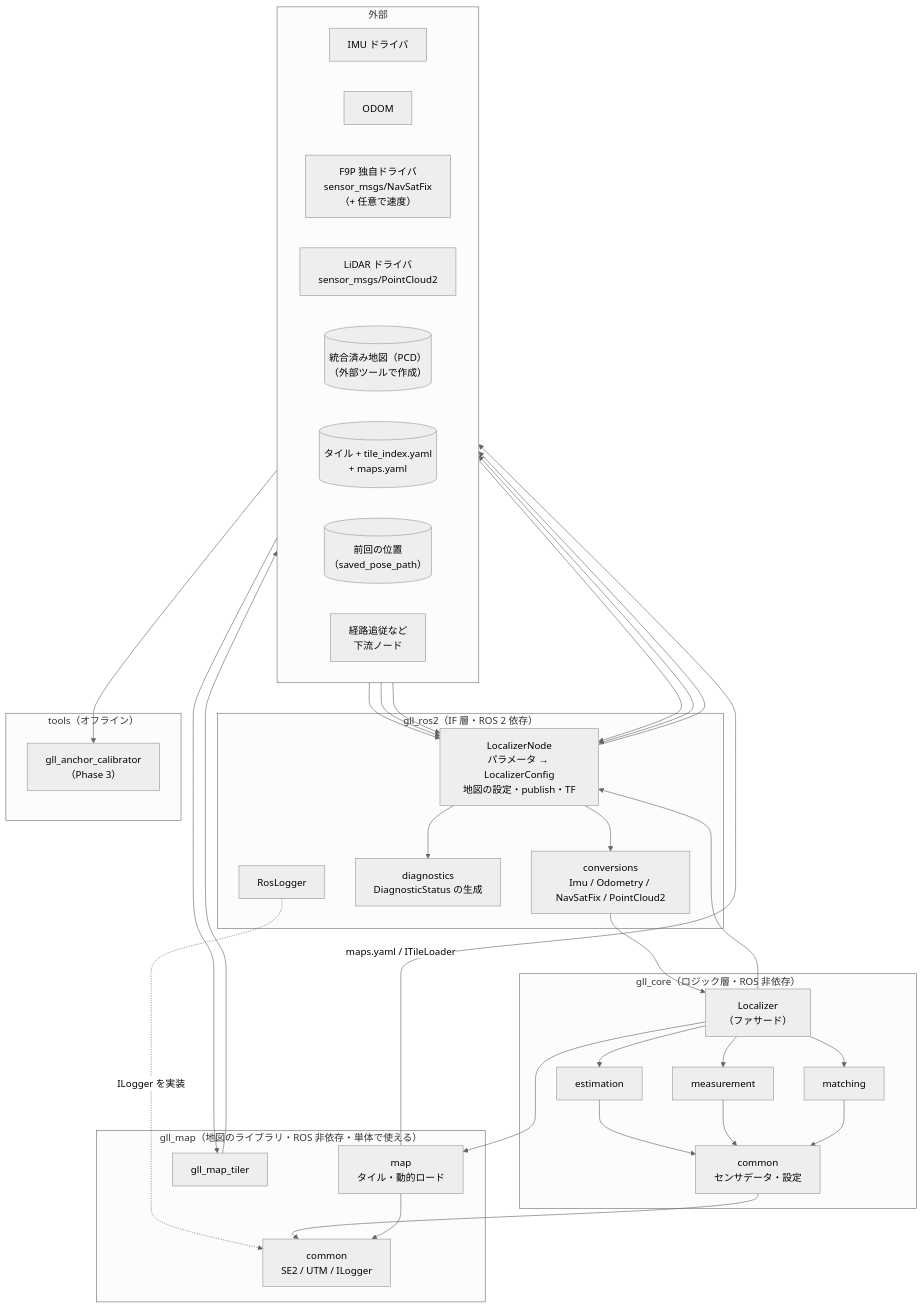
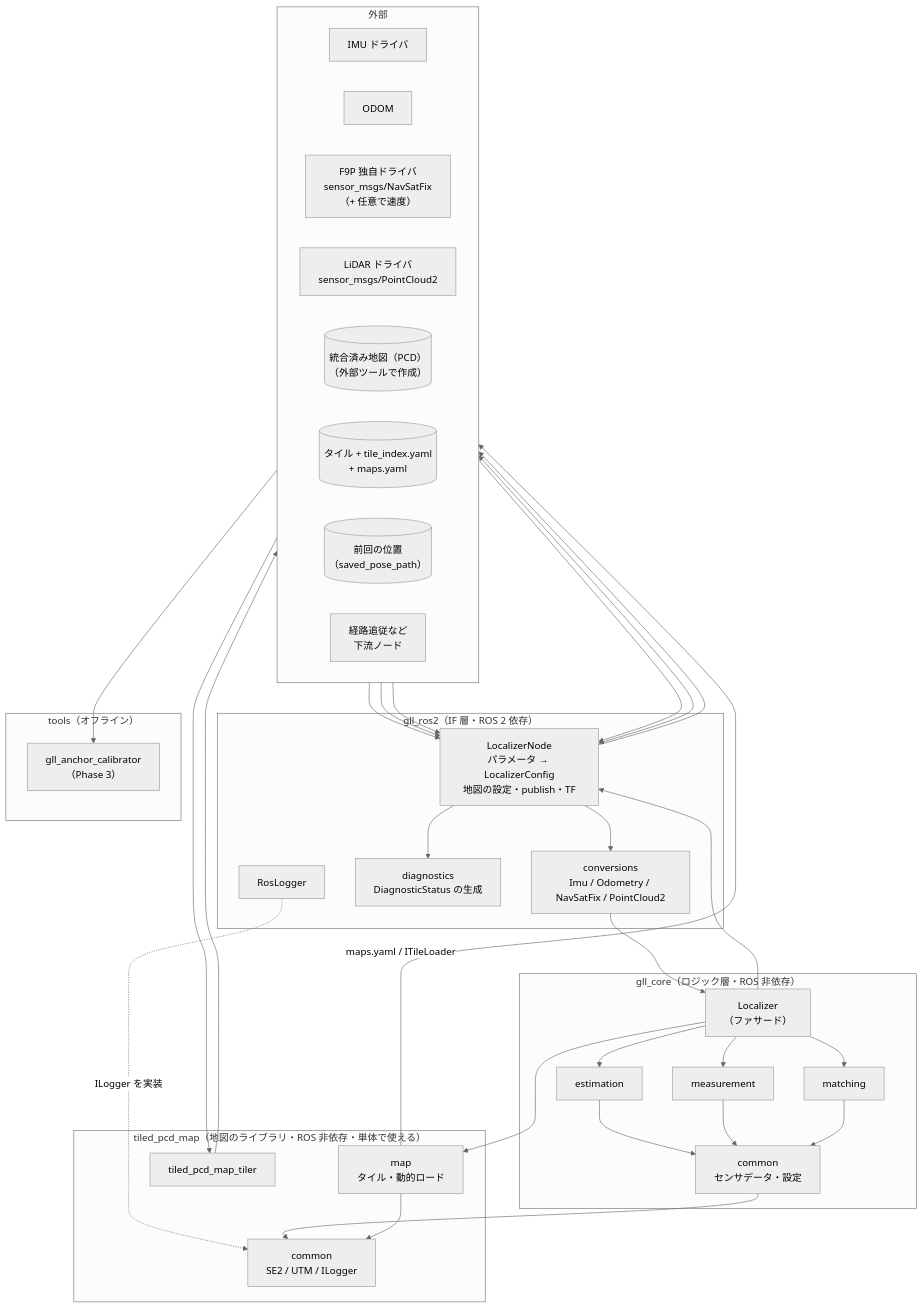
Before and after one commit to mamoru1126/gnss_and_lidar_localization: the first of 15 diagrams in docs/architecture.md, drawn with Mermaid (neutral theme). The commit also changed other lines of this file and 89 other files, not shown here.

First line of the commit message:
refactor: gll_map を tiled_pcd_map に改名（パッケージ・名前空間・インクルードのパス）

````diff
--- a/docs/architecture.md
+++ b/docs/architecture.md
@@ -27,54 +27,54 @@
 ```mermaid
 flowchart TB
   subgraph EXT["外部"]
     direction LR
     DRV_IMU["IMU ドライバ"]
     DRV_ODOM["ODOM"]
     DRV_GNSS["F9P 独自ドライバ<br/>sensor_msgs/NavSatFix<br/>（+ 任意で速度）"]
     DRV_LIDAR["LiDAR ドライバ<br/>sensor_msgs/PointCloud2"]
     MAPFILES[("統合済み地図（PCD）<br/>（外部ツールで作成）")]
     TILES[("タイル + tile_index.yaml<br/>+ maps.yaml")]
     SAVED[("前回の位置<br/>（saved_pose_path）")]
     DOWN["経路追従など<br/>下流ノード"]
   end
 
   subgraph ROS2["gll_ros2（IF 層・ROS 2 依存）"]
     NODE["LocalizerNode<br/>パラメータ → LocalizerConfig<br/>地図の設定・publish・TF"]
     CONV["conversions<br/>Imu / Odometry / NavSatFix / PointCloud2"]
     DIAG["diagnostics<br/>DiagnosticStatus の生成"]
     RLOG["RosLogger"]
   end
 
   subgraph CORE["gll_core（ロジック層・ROS 非依存）"]
     FACADE["Localizer<br/>（ファサード）"]
     EST["estimation"]
     MEAS["measurement"]
     MATCH["matching"]
     COMMON["common<br/>センサデータ・設定"]
   end
 
-  subgraph GLLMAP["gll_map（地図のライブラリ・ROS 非依存・単体で使える）"]
+  subgraph GLLMAP["tiled_pcd_map（地図のライブラリ・ROS 非依存・単体で使える）"]
     MAPC["map<br/>タイル・動的ロード"]
     BASE["common<br/>SE2 / UTM / ILogger"]
-    TILER["gll_map_tiler"]
+    TILER["tiled_pcd_map_tiler"]
   end
 
   subgraph TOOLS["tools（オフライン）"]
     CALIB["gll_anchor_calibrator<br/>（Phase 3）"]
   end
 
   DRV_IMU & DRV_ODOM & DRV_GNSS & DRV_LIDAR --> NODE
   NODE --> CONV --> FACADE
   NODE --> DIAG
   NODE <--> SAVED
   RLOG -. ILogger を実装 .-> BASE
   FACADE --> NODE --> DOWN
 
   FACADE --> EST & MEAS & MAPC & MATCH
   EST & MEAS & MATCH --> COMMON
   COMMON & MAPC --> BASE
   MAPC -- "maps.yaml / ITileLoader" --> TILES
 
   MAPFILES --> TILER --> TILES
   TILES --> CALIB
 ```
````
